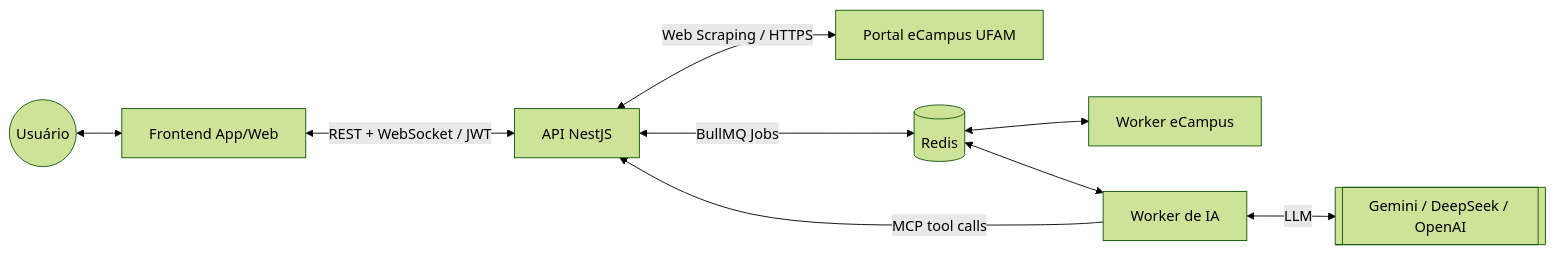
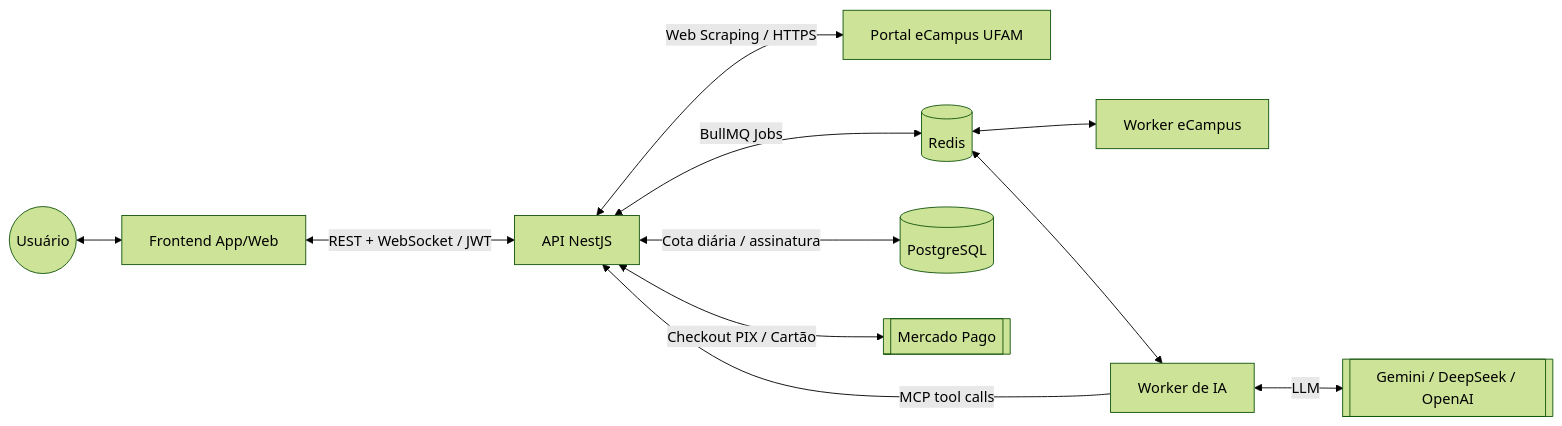
The diagram in README.md (matheusricardo1/Projeto-MeuCampus), drawn with Mermaid (forest theme) before and after one commit. The commit also changed other lines of this file and 41 other files, not shown here.

````diff
--- a/README.md
+++ b/README.md
@@ -41,11 +45,13 @@
 ```mermaid
 flowchart LR
     User((Usuário)) <--> App[Frontend App/Web]
     App <-->|REST + WebSocket / JWT| API[API NestJS]
     API <-->|Web Scraping / HTTPS| Ecampus[Portal eCampus UFAM]
     API <-->|BullMQ Jobs| Redis[(Redis)]
     Redis <--> EcampusWorker[Worker eCampus]
     Redis <--> AiWorker[Worker de IA]
     AiWorker -->|MCP tool calls| API
     AiWorker <-->|LLM| Providers[[Gemini / DeepSeek / OpenAI]]
+    API <-->|Cota diária / assinatura| Postgres[(PostgreSQL)]
+    API <-->|Checkout PIX / Cartão| MercadoPago[[Mercado Pago]]
 ```
````
